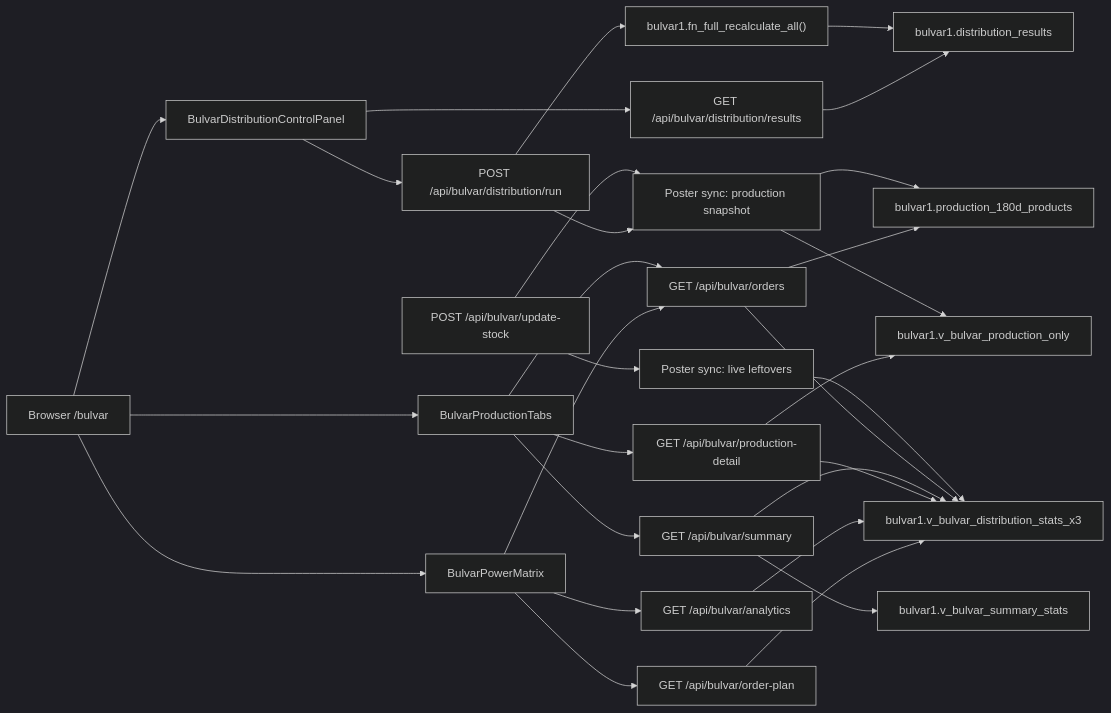
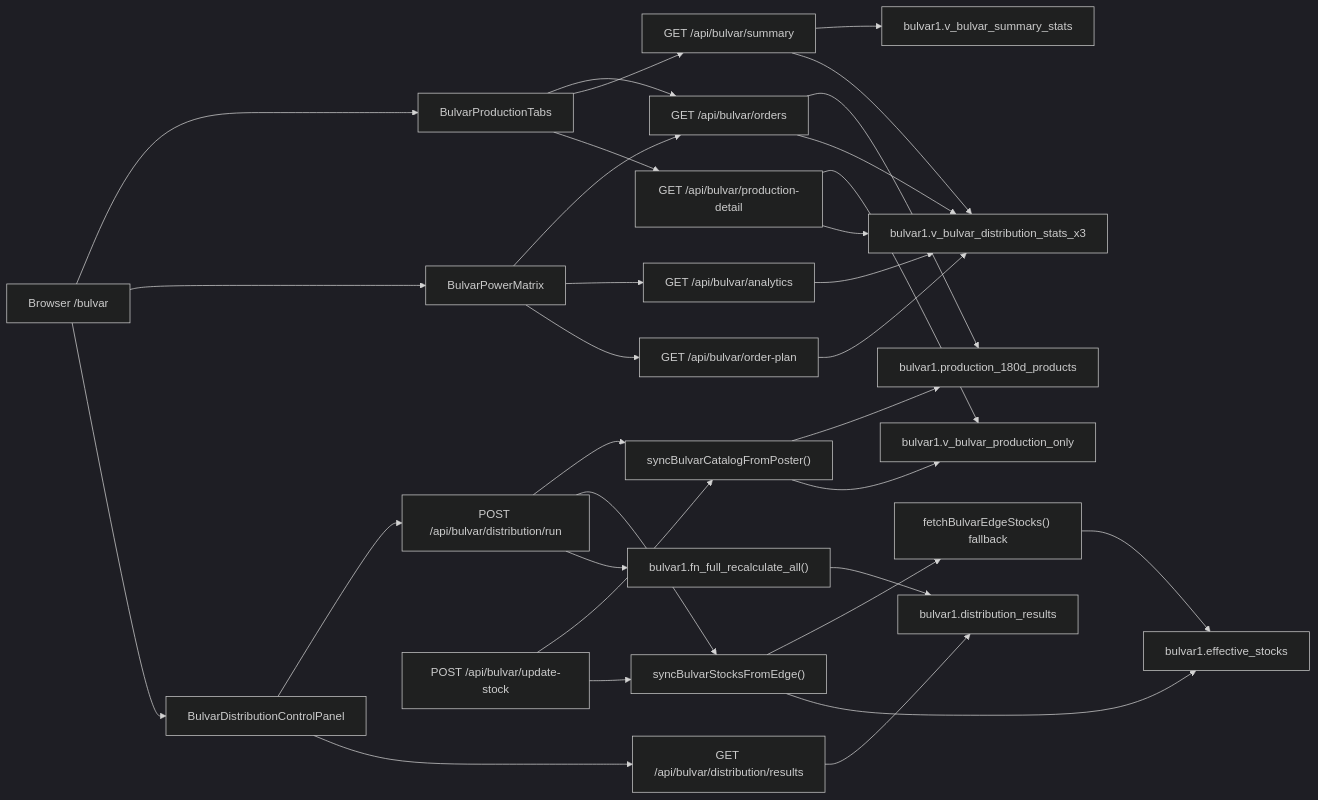
The second of 3 diagrams in docs/bulvar-architecture-mermaid.md (yobozavrik/operator_v2.2), drawn with Mermaid (dark theme) before and after one commit. The commit also changed other lines of this file and 4 other files, not shown here.

````diff
--- a/docs/bulvar-architecture-mermaid.md
+++ b/docs/bulvar-architecture-mermaid.md
@@ -45,58 +54,63 @@
 ```mermaid
 flowchart LR
     browser["Browser /bulvar"]
     tabs["BulvarProductionTabs"]
     matrix["BulvarPowerMatrix"]
     control["BulvarDistributionControlPanel"]
 
     orders["GET /api/bulvar/orders"]
     summary["GET /api/bulvar/summary"]
     prod_detail["GET /api/bulvar/production-detail"]
     dist_run["POST /api/bulvar/distribution/run"]
     dist_results["GET /api/bulvar/distribution/results"]
     update_stock["POST /api/bulvar/update-stock"]
     analytics["GET /api/bulvar/analytics"]
     order_plan["GET /api/bulvar/order-plan"]
 
-    edge_prod["Poster sync: production snapshot"]
-    edge_leftovers["Poster sync: live leftovers"]
+    edge_catalog["syncBulvarCatalogFromPoster()"]
+    edge_stock["syncBulvarStocksFromEdge()"]
+    edge_fallback["fetchBulvarEdgeStocks() fallback"]
     catalog["bulvar1.production_180d_products"]
+    effective_stocks["bulvar1.effective_stocks"]
     prod_only["bulvar1.v_bulvar_production_only"]
     dist_view["bulvar1.v_bulvar_distribution_stats_x3"]
     summary_view["bulvar1.v_bulvar_summary_stats"]
     results["bulvar1.distribution_results"]
     rpc["bulvar1.fn_full_recalculate_all()"]
 
     browser --> tabs
     browser --> matrix
     browser --> control
 
     tabs --> orders
     tabs --> summary
     tabs --> prod_detail
     matrix --> orders
     matrix --> analytics
     matrix --> order_plan
     control --> dist_run
     control --> dist_results
 
-    update_stock --> edge_leftovers
-    update_stock --> edge_prod
-    edge_prod --> catalog
-    edge_prod --> prod_only
-    edge_leftovers --> dist_view
+    update_stock --> edge_catalog
+    update_stock --> edge_stock
+    edge_stock --> edge_fallback
+    edge_stock --> effective_stocks
+    edge_fallback --> effective_stocks
+    edge_catalog --> catalog
+    edge_catalog --> prod_only
 
     orders --> catalog
     orders --> dist_view
     summary --> summary_view
     summary --> dist_view
     prod_detail --> prod_only
     prod_detail --> dist_view
     analytics --> dist_view
     order_plan --> dist_view
 
-    dist_run --> edge_prod
+    dist_run --> edge_catalog
+    dist_run --> edge_stock
     dist_run --> rpc
     rpc --> results
     dist_results --> results
 ```
````
